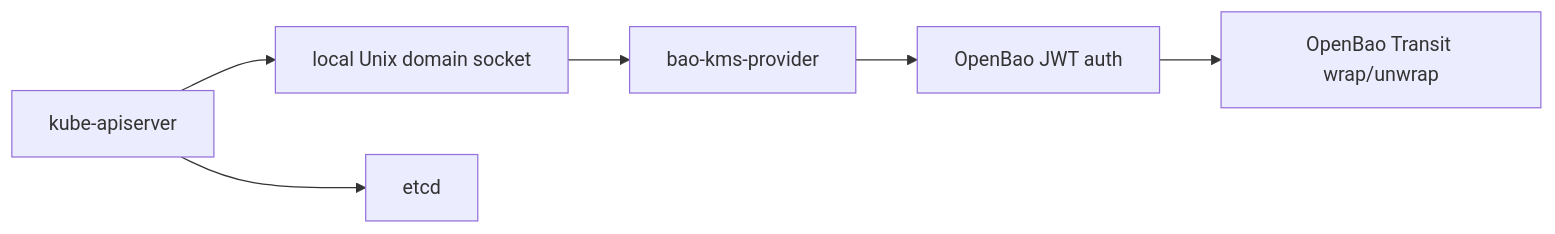
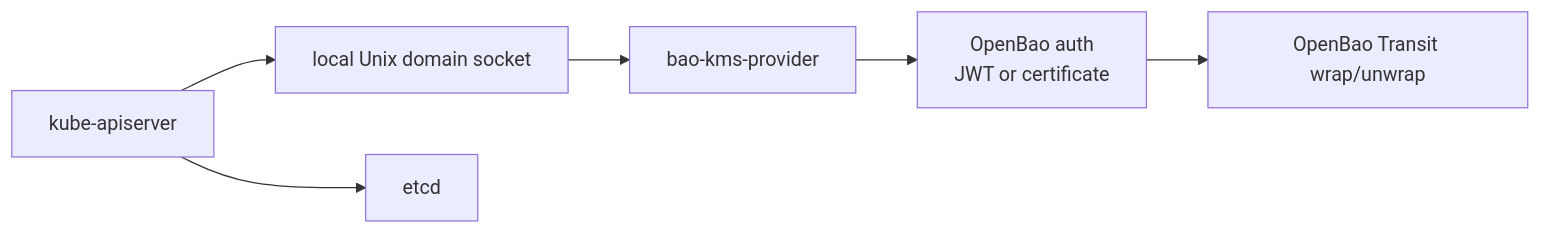
One commit to dc-tec/openbao-kubernetes-kms changed the diagram in docs/getting-started/overview.md. Above: the diagram before and after it, drawn with Mermaid. The commit also changed other lines of this file and 30 other files, not shown here.

Commit message:
docs(auth): document certificate auth configuration

````diff
--- a/docs/getting-started/overview.md
+++ b/docs/getting-started/overview.md
@@ -15,12 +15,12 @@
 ```mermaid
 flowchart LR
     API["kube-apiserver"]
     Socket["local Unix domain socket"]
     Plugin["bao-kms-provider"]
-    Auth["OpenBao JWT auth"]
+    Auth["OpenBao auth<br/>JWT or certificate"]
     Transit["OpenBao Transit wrap/unwrap"]
     Etcd["etcd"]
 
     API --> Socket --> Plugin --> Auth --> Transit
     API --> Etcd
 ```
````
